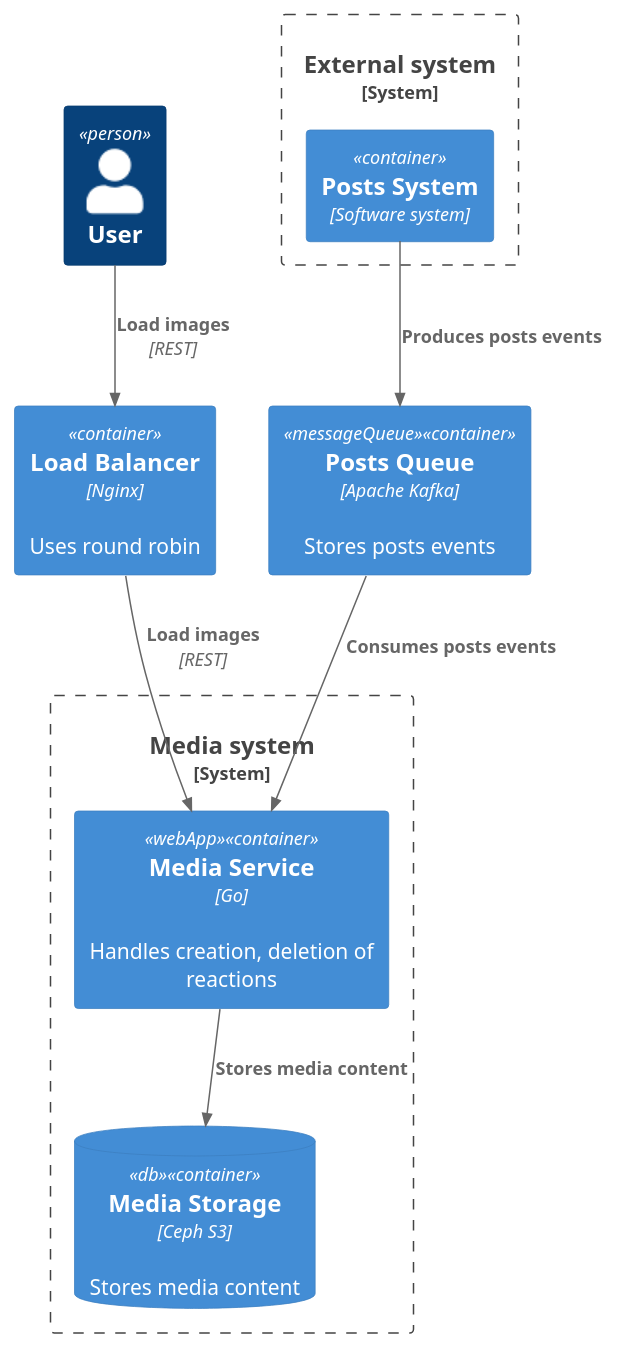
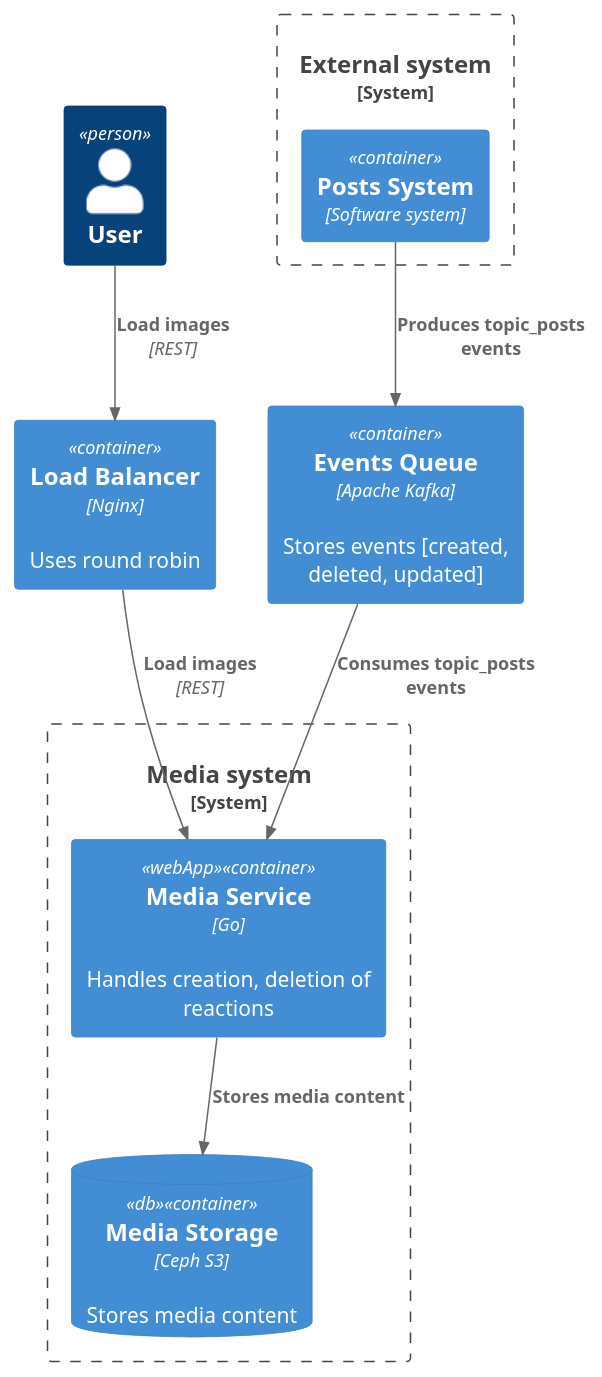
Before and after one commit to mkorobovv/social_network_system_design: the diagram in architecture/media_system/container.puml, drawn with PlantUML. The commit also changed 7 other files, not shown here.

```diff
--- a/architecture/media_system/container.puml
+++ b/architecture/media_system/container.puml
@@ -1,22 +1,22 @@
 @startuml
 !include https://raw.githubusercontent.com/plantuml-stdlib/C4-PlantUML/master/C4_Container.puml
 
 Person(user, "User")
 Container(loadBalancer, "Load Balancer", "Nginx", "Uses round robin")
-Container(postsQueue, "Posts Queue", "Apache Kafka", "Stores posts events", $tags="messageQueue")
+Container(eventsQueue, "Events Queue", "Apache Kafka", "Stores events [created, deleted, updated]")
 
 System_Boundary(mediaSystem, "Media system") {
     Container(mediaService, "Media Service", "Go", "Handles creation, deletion of reactions", $tags="webApp")
     ContainerDb(mediaStorage, "Media Storage", "Ceph S3", "Stores media content",  $tags="db")
 }
 
 System_Boundary(externalSystem, "External system") {
     Container(postsSystem, "Posts System", "Software system")
 }
 
 Rel(user, loadBalancer, "Load images", "REST")
 Rel(loadBalancer, mediaService, "Load images", "REST")
-Rel(postsQueue, mediaService, "Consumes posts events")
-Rel(postsSystem, postsQueue, "Produces posts events")
+Rel(eventsQueue, mediaService, "Consumes topic_posts events")
+Rel(postsSystem, eventsQueue, "Produces topic_posts events")
 Rel(mediaService, mediaStorage, "Stores media content")
 @endumlme
```
